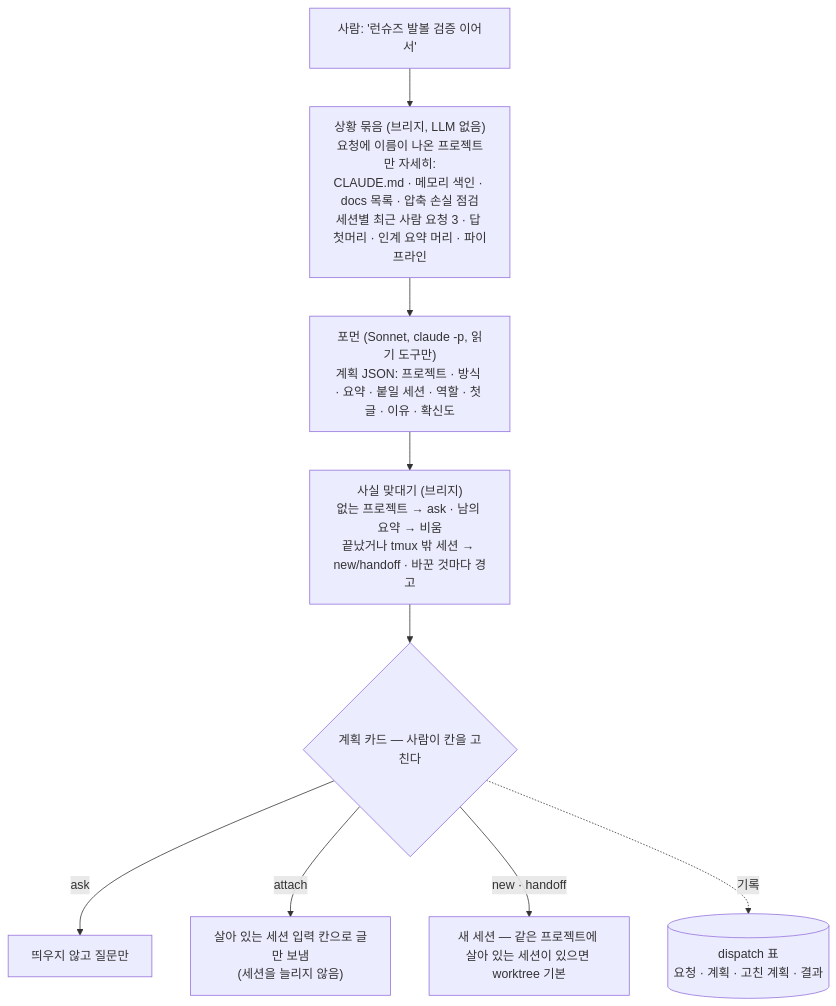
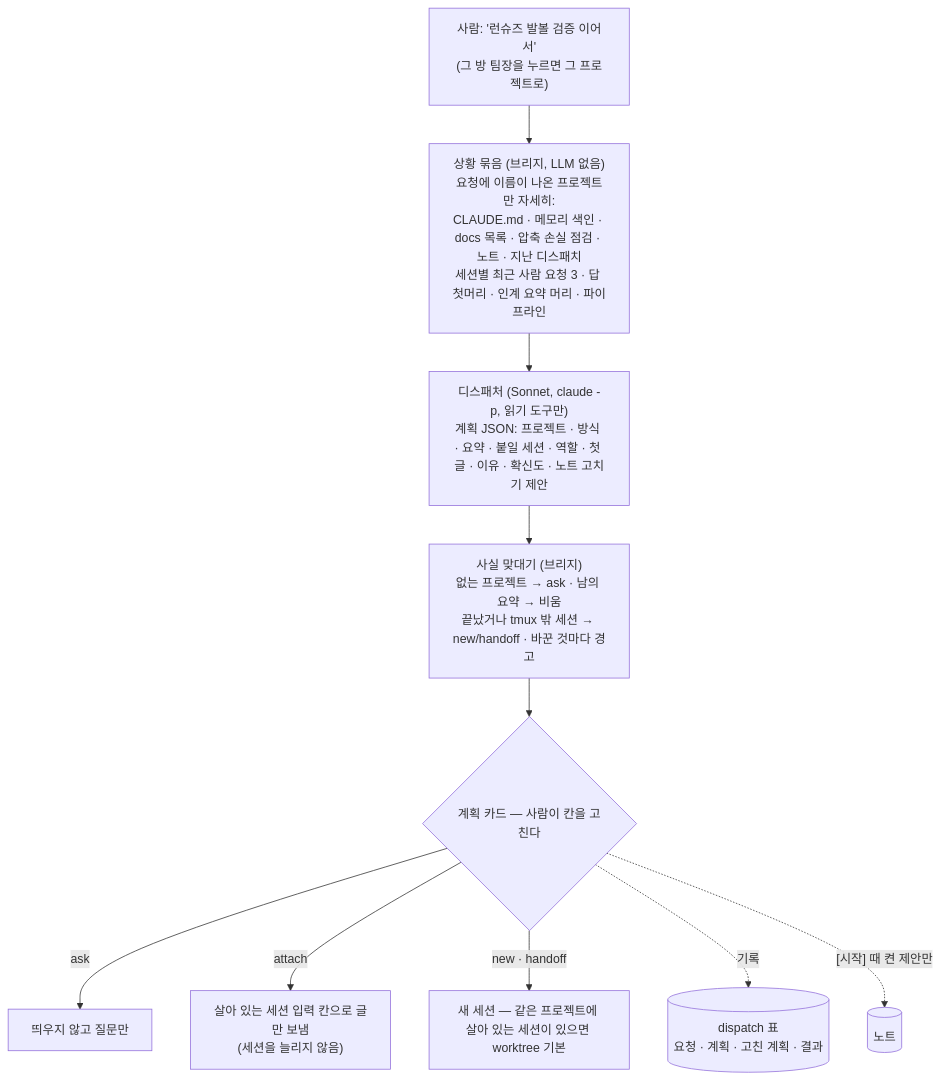
Before and after one commit to Gabriel-Joo/foreman: the first of 2 diagrams in portfolio/05_dispatcher.md, drawn with Mermaid. The commit also changed other lines of this file and 25 other files, not shown here.

````diff
--- a/portfolio/05_dispatcher.md
+++ b/portfolio/05_dispatcher.md
@@ -37,11 +39,12 @@
 ```mermaid
 flowchart TD
-  R["사람: '런슈즈 발볼 검증 이어서'"] --> C["상황 묶음 (브리지, LLM 없음)<br/>요청에 이름이 나온 프로젝트만 자세히:<br/>CLAUDE.md · 메모리 색인 · docs 목록 · 압축 손실 점검<br/>세션별 최근 사람 요청 3 · 답 첫머리 · 인계 요약 머리 · 파이프라인"]
-  C --> P["포먼 (Sonnet, claude -p, 읽기 도구만)<br/>계획 JSON: 프로젝트 · 방식 · 요약 · 붙일 세션 · 역할 · 첫 글 · 이유 · 확신도"]
+  R["사람: '런슈즈 발볼 검증 이어서'<br/>(그 방 팀장을 누르면 그 프로젝트로)"] --> C["상황 묶음 (브리지, LLM 없음)<br/>요청에 이름이 나온 프로젝트만 자세히:<br/>CLAUDE.md · 메모리 색인 · docs 목록 · 압축 손실 점검 · 노트 · 지난 디스패치<br/>세션별 최근 사람 요청 3 · 답 첫머리 · 인계 요약 머리 · 파이프라인"]
+  C --> P["디스패처 (Sonnet, claude -p, 읽기 도구만)<br/>계획 JSON: 프로젝트 · 방식 · 요약 · 붙일 세션 · 역할 · 첫 글 · 이유 · 확신도 · 노트 고치기 제안"]
   P --> K["사실 맞대기 (브리지)<br/>없는 프로젝트 → ask · 남의 요약 → 비움<br/>끝났거나 tmux 밖 세션 → new/handoff · 바꾼 것마다 경고"]
   K --> UI{"계획 카드 — 사람이 칸을 고친다"}
   UI -->|ask| Q["띄우지 않고 질문만"]
   UI -->|attach| A["살아 있는 세션 입력 칸으로 글만 보냄<br/>(세션을 늘리지 않음)"]
   UI -->|new · handoff| N["새 세션 — 같은 프로젝트에 살아 있는 세션이 있으면 worktree 기본"]
   UI -.->|기록| D[("dispatch 표<br/>요청 · 계획 · 고친 계획 · 결과")]
+  UI -.->|"[시작] 때 켠 제안만"| NT[("노트")]
 ```
````
